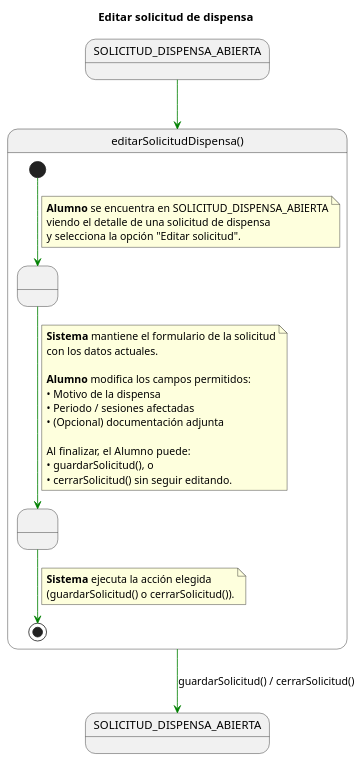
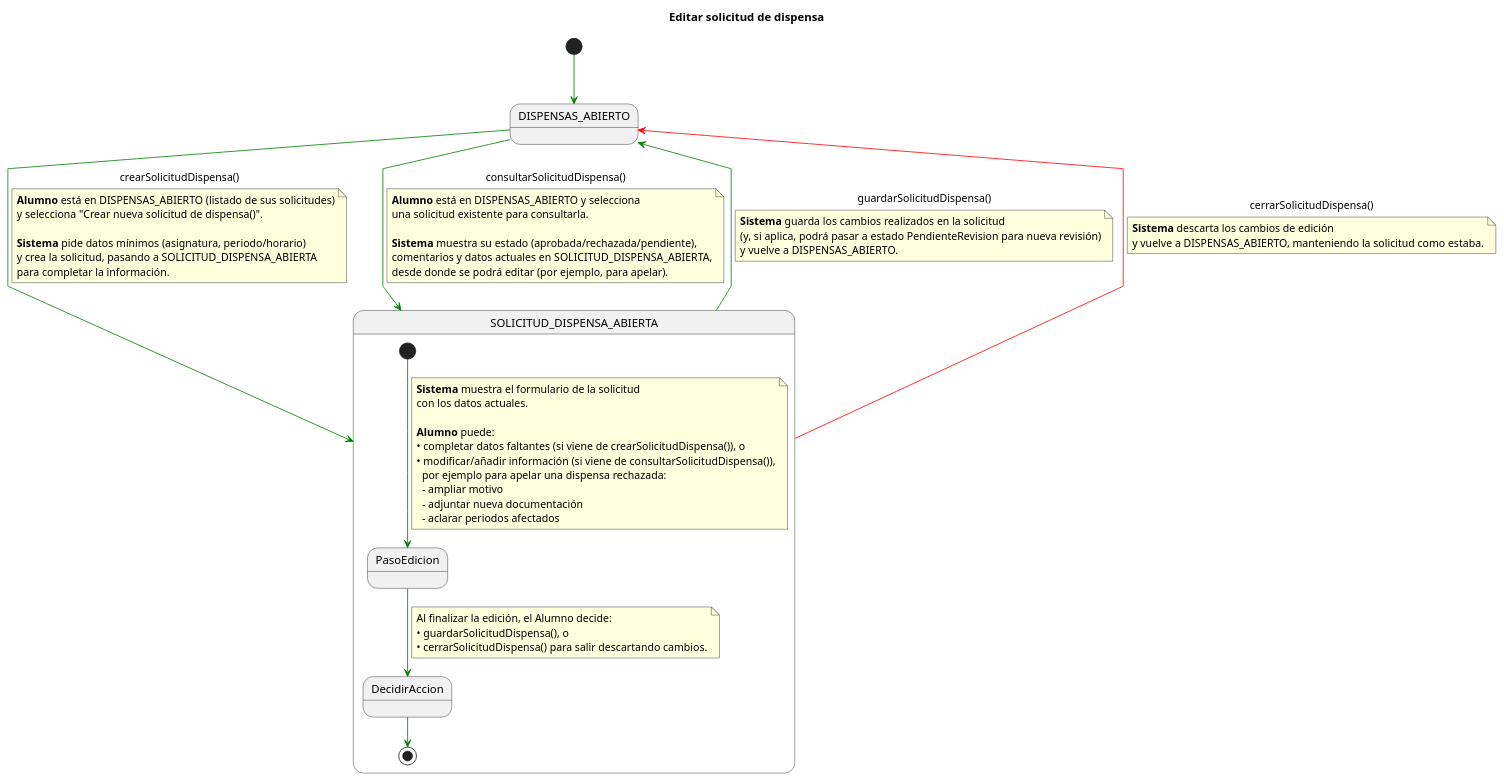
One commit to enmabry/25-26-IdSw1-SdR changed the diagram in documents/CasosDeUso/DetalladoCasosDeUso/Alumno/editarSolicitudDispensa.puml. Above: the diagram before and after it, drawn with PlantUML. The commit also changed 37 other files, not shown here.

First line of the commit message:
Add detailed state diagram for "Consultar solicitud de dispensa" use case

```diff
--- a/documents/CasosDeUso/DetalladoCasosDeUso/Alumno/editarSolicitudDispensa.puml
+++ b/documents/CasosDeUso/DetalladoCasosDeUso/Alumno/editarSolicitudDispensa.puml
@@ -1,48 +1,77 @@
 @startuml EditarSolicitudDispensa
 title Editar solicitud de dispensa
 skinparam linetype polyline
 
-state SOLICITUD_DISPENSA_ABIERTA_INICIAL as "SOLICITUD_DISPENSA_ABIERTA"
-state SOLICITUD_DISPENSA_ABIERTA_FINAL   as "SOLICITUD_DISPENSA_ABIERTA"
+state DISPENSAS_ABIERTO           as "DISPENSAS_ABIERTO"
+state SOLICITUD_DISPENSA_ABIERTA  as "SOLICITUD_DISPENSA_ABIERTA"
 
+[*] -[#green]-> DISPENSAS_ABIERTO
 
-SOLICITUD_DISPENSA_ABIERTA_INICIAL -[#green]-> editarSolicitudDispensa
+' LLEGADA A SOLICITUD_DISPENSA_ABIERTA
 
-state editarSolicitudDispensa as "editarSolicitudDispensa()" {
+DISPENSAS_ABIERTO -[#green]-> SOLICITUD_DISPENSA_ABIERTA : crearSolicitudDispensa()
+note on link
+<b>Alumno</b> está en DISPENSAS_ABIERTO (listado de sus solicitudes)
+y selecciona "Crear nueva solicitud de dispensa()".
 
-    state " " as PasoEdicion
-    state " " as DecidirAccion
+<b>Sistema</b> pide datos mínimos (asignatura, periodo/horario)
+y crea la solicitud, pasando a SOLICITUD_DISPENSA_ABIERTA
+para completar la información.
+end note
+
+DISPENSAS_ABIERTO -[#green]-> SOLICITUD_DISPENSA_ABIERTA : consultarSolicitudDispensa()
+note on link
+<b>Alumno</b> está en DISPENSAS_ABIERTO y selecciona
+una solicitud existente para consultarla.
+
+<b>Sistema</b> muestra su estado (aprobada/rechazada/pendiente),
+comentarios y datos actuales en SOLICITUD_DISPENSA_ABIERTA,
+desde donde se podrá editar (por ejemplo, para apelar).
+end note
+
+' COMPORTAMIENTO INTERNO AL EDITAR LA SOLICITUD
+
+state SOLICITUD_DISPENSA_ABIERTA {
+
+    state PasoEdicion
+    state DecidirAccion
 
     [*] -[#green]-> PasoEdicion
     note on link
-    <b>Alumno</b> se encuentra en SOLICITUD_DISPENSA_ABIERTA
-    viendo el detalle de una solicitud de dispensa
-    y selecciona la opción "Editar solicitud".
+    <b>Sistema</b> muestra el formulario de la solicitud
+    con los datos actuales.
+
+    <b>Alumno</b> puede:
+    • completar datos faltantes (si viene de crearSolicitudDispensa()), o
+    • modificar/añadir información (si viene de consultarSolicitudDispensa()),
+      por ejemplo para apelar una dispensa rechazada:
+      - ampliar motivo
+      - adjuntar nueva documentación
+      - aclarar periodos afectados
     end note
 
     PasoEdicion -[#green]-> DecidirAccion
     note on link
-    <b>Sistema</b> mantiene el formulario de la solicitud
-    con los datos actuales.
-
-    <b>Alumno</b> modifica los campos permitidos:
-    • Motivo de la dispensa
-    • Periodo / sesiones afectadas
-    • (Opcional) documentación adjunta
-
-    Al finalizar, el Alumno puede:
-    • guardarSolicitud(), o
-    • cerrarSolicitud() sin seguir editando.
+    Al finalizar la edición, el Alumno decide:
+    • guardarSolicitudDispensa(), o
+    • cerrarSolicitudDispensa() para salir descartando cambios.
     end note
 
     DecidirAccion -[#green]-> [*]
-    note on link
-    <b>Sistema</b> ejecuta la acción elegida
-    (guardarSolicitud() o cerrarSolicitud()).
-    end note
 }
 
-' Si el alumno guarda, sigue en la solicitud abierta (ya actualizada)
-editarSolicitudDispensa -[#green]-> SOLICITUD_DISPENSA_ABIERTA_FINAL : guardarSolicitud() / cerrarSolicitud()
+' SALIDA DE LA SOLICITUD DE VUELTA AL LISTADO
 
+SOLICITUD_DISPENSA_ABIERTA -[#green]-> DISPENSAS_ABIERTO : guardarSolicitudDispensa()
+note on link
+<b>Sistema</b> guarda los cambios realizados en la solicitud
+(y, si aplica, podrá pasar a estado PendienteRevision para nueva revisión)
+y vuelve a DISPENSAS_ABIERTO.
+end note
+
+SOLICITUD_DISPENSA_ABIERTA -[#red]-> DISPENSAS_ABIERTO : cerrarSolicitudDispensa()
+note on link
+<b>Sistema</b> descarta los cambios de edición
+y vuelve a DISPENSAS_ABIERTO, manteniendo la solicitud como estaba.
+end note
 @enduml
```
